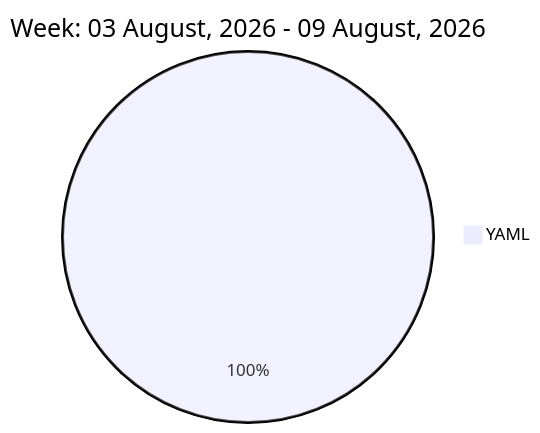
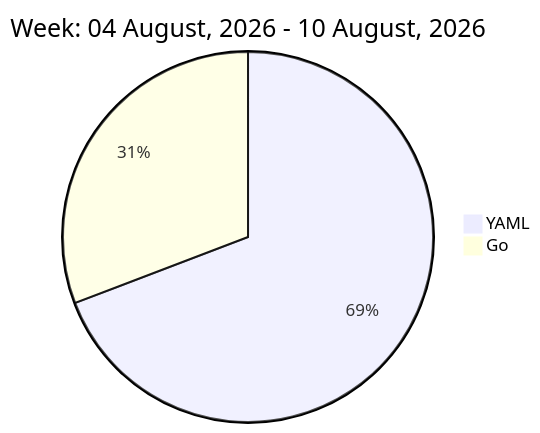
One commit to liubin95/liubin95 changed the diagram in README.md. Above: the diagram before and after it, drawn with Mermaid.

Commit message:
Updated the Graph with new Metrics

````diff
--- a/README.md
+++ b/README.md
@@ -32,5 +32,6 @@
 ```mermaid
  pie
-title Week: 03 August, 2026 - 09 August, 2026
- "YAML" : 5.48
+title Week: 04 August, 2026 - 10 August, 2026
+ "YAML" : 5.73
+ "Go" : 2.55
 ```
````
